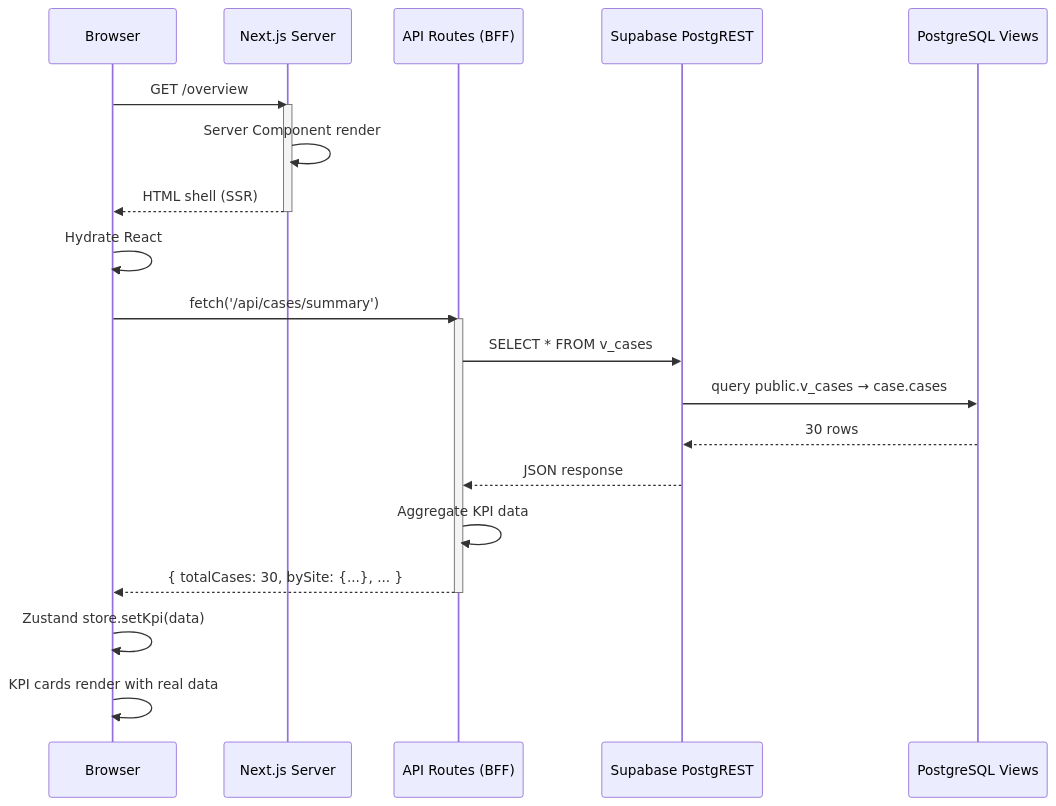
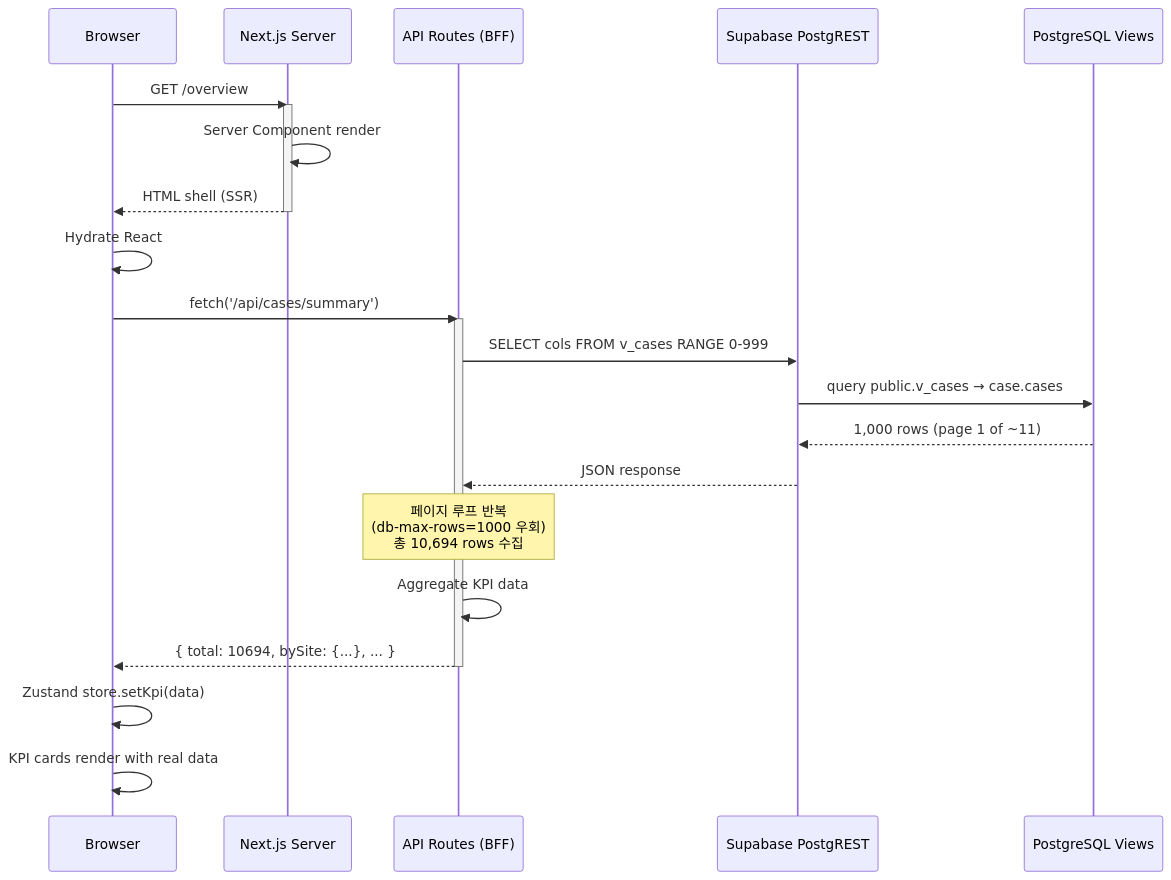
One commit to macho715/logi_hvdc_dash changed the fourth of 19 diagrams in apps/logistics-dashboard/docs/SYSTEM-ARCHITECTURE.md. Above: the diagram before and after it, drawn with Mermaid. The commit also changed other lines of this file and 80 other files, not shown here.

````diff
--- a/apps/logistics-dashboard/docs/SYSTEM-ARCHITECTURE.md
+++ b/apps/logistics-dashboard/docs/SYSTEM-ARCHITECTURE.md
@@ -197,28 +220,29 @@
 ```mermaid
 sequenceDiagram
     participant Browser
     participant NextServer as Next.js Server
     participant BFF as API Routes (BFF)
     participant Supabase as Supabase PostgREST
     participant DB as PostgreSQL Views
 
     Browser->>NextServer: GET /overview
     activate NextServer
     NextServer->>NextServer: Server Component render
     NextServer-->>Browser: HTML shell (SSR)
     deactivate NextServer
 
     Browser->>Browser: Hydrate React
     Browser->>BFF: fetch('/api/cases/summary')
     activate BFF
-    BFF->>Supabase: SELECT * FROM v_cases
+    BFF->>Supabase: SELECT cols FROM v_cases RANGE 0-999
     Supabase->>DB: query public.v_cases → case.cases
-    DB-->>Supabase: 30 rows
+    DB-->>Supabase: 1,000 rows (page 1 of ~11)
     Supabase-->>BFF: JSON response
+    Note over BFF: 페이지 루프 반복<br/>(db-max-rows=1000 우회)<br/>총 10,694 rows 수집
     BFF->>BFF: Aggregate KPI data
-    BFF-->>Browser: { totalCases: 30, bySite: {...}, ... }
+    BFF-->>Browser: { total: 10694, bySite: {...}, ... }
     deactivate BFF
 
     Browser->>Browser: Zustand store.setKpi(data)
     Browser->>Browser: KPI cards render with real data
 ```
````
